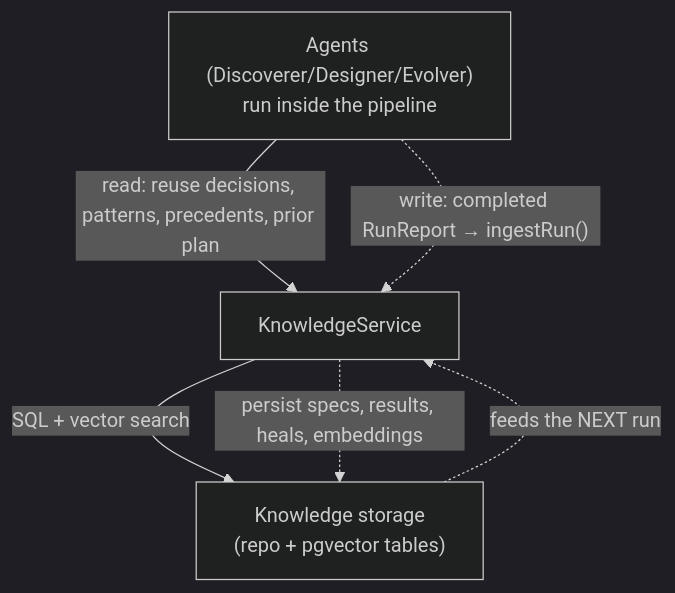
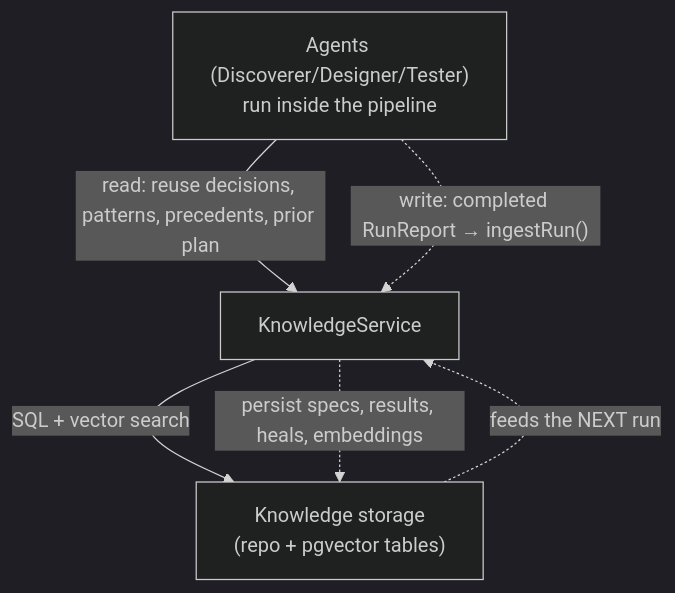
One commit to spalanivelu1989/test-suite changed the ninth of 13 diagrams in architecture.md. Above: the diagram before and after it, drawn with Mermaid (dark theme). The commit also changed other lines of this file and 86 other files, not shown here.

````diff
--- a/architecture.md
+++ b/architecture.md
@@ -495,12 +515,12 @@
 ```mermaid
 flowchart TB
-    Agents["Agents (Discoverer/Designer/Evolver)<br/>run inside the pipeline"]
+    Agents["Agents (Discoverer/Designer/Tester)<br/>run inside the pipeline"]
     KSvc["KnowledgeService"]
     Store["Knowledge storage<br/>(repo + pgvector tables)"]
 
     Agents -->|"read: reuse decisions, patterns, precedents, prior plan"| KSvc
     KSvc -->|"SQL + vector search"| Store
     Agents -.->|"write: completed RunReport → ingestRun()"| KSvc
     KSvc -.->|"persist specs, results, heals, embeddings"| Store
     Store -.->|"feeds the NEXT run"| KSvc
 ```
````
